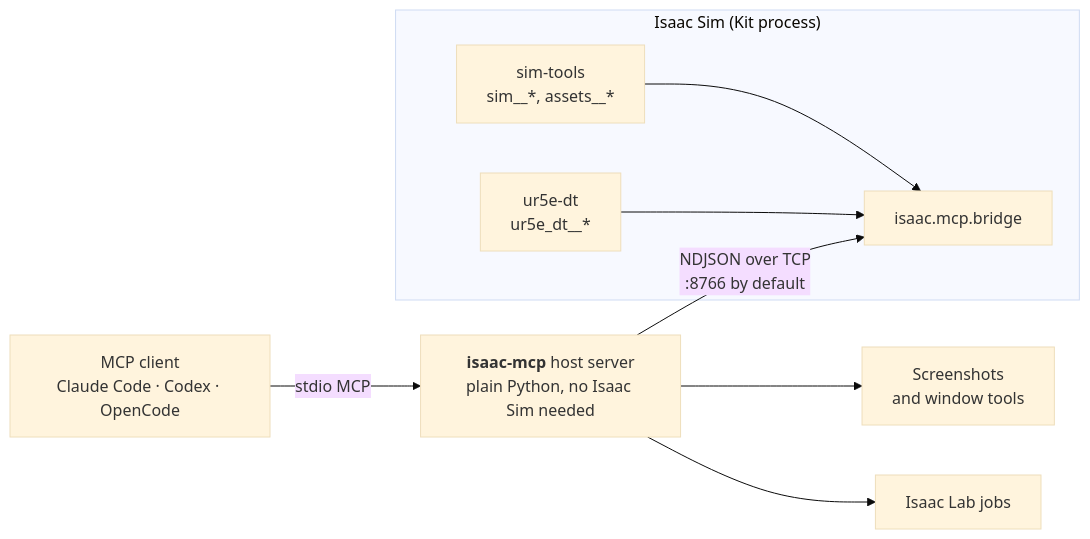
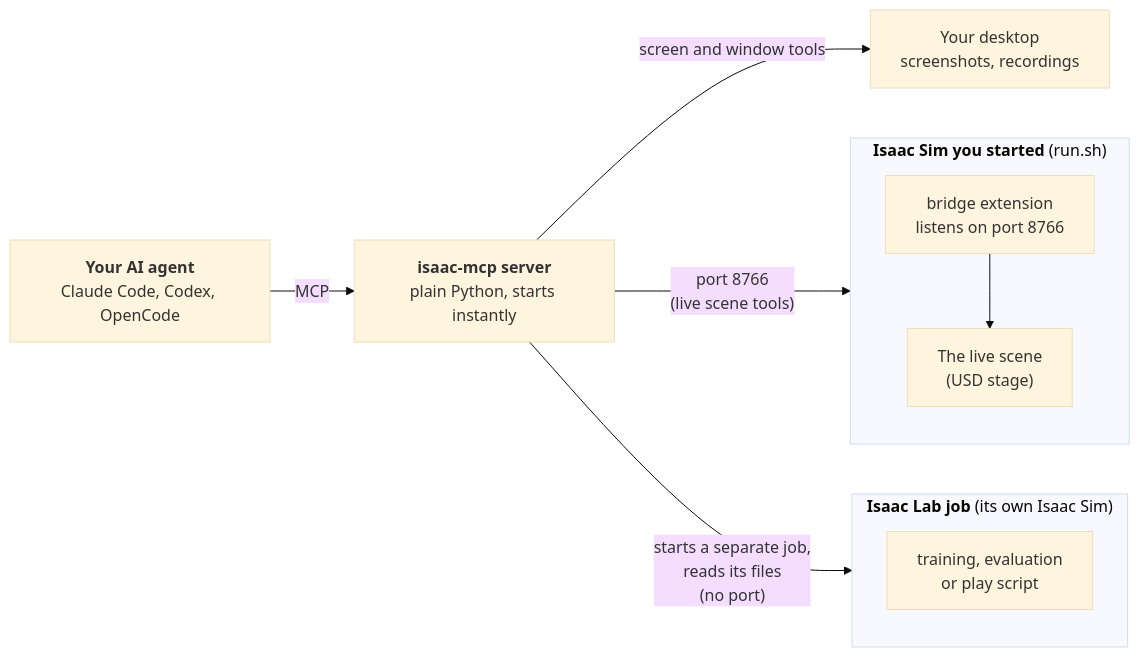
Before and after one commit to kalebcoleman/isaac-mcp: the diagram in README.md, drawn with Mermaid (base theme). The commit also changed other lines of this file, not shown here.

Commit message:
docs(readme): explain the three programs, why Lab has no port, and the terms used

````diff
--- a/README.md
+++ b/README.md
@@ -141,12 +151,16 @@
 ```mermaid
 flowchart LR
-    client["MCP client<br/>Claude Code · Codex · OpenCode"] -- "stdio MCP" --> host["<b>isaac-mcp</b> host server<br/>plain Python, no Isaac Sim needed"]
-    host -- "NDJSON over TCP<br/>:8766 by default" --> bridge
-    host --> desktop["Screenshots<br/>and window tools"]
-    host --> lab["Isaac Lab jobs"]
-    subgraph kit["Isaac Sim (Kit process)"]
-        bridge["isaac.mcp.bridge"]
-        sim["sim-tools<br/>sim__*, assets__*"] --> bridge
-        twin["ur5e-dt<br/>ur5e_dt__*"] --> bridge
+    agent["<b>Your AI agent</b><br/>Claude Code, Codex, OpenCode"] -- "MCP" --> server["<b>isaac-mcp server</b><br/>plain Python, starts instantly"]
+
+    server -- "port 8766<br/>(live scene tools)" --> sim
+    server -- "starts a separate job,<br/>reads its files<br/>(no port)" --> lab
+    server -- "screen and window tools" --> screen["Your desktop<br/>screenshots, recordings"]
+
+    subgraph sim["<b>Isaac Sim you started</b> (run.sh)"]
+        bridge["bridge extension<br/>listens on port 8766"] --> scene["The live scene<br/>(USD stage)"]
+    end
+
+    subgraph lab["<b>Isaac Lab job</b> (its own Isaac Sim)"]
+        train["training, evaluation<br/>or play script"]
     end
 ```
````
